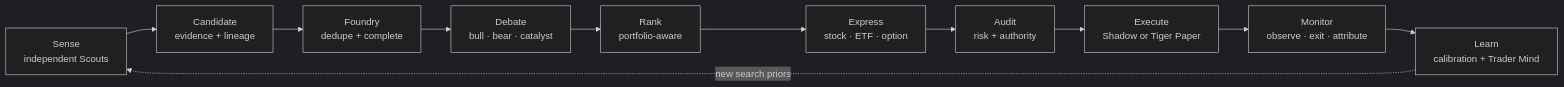
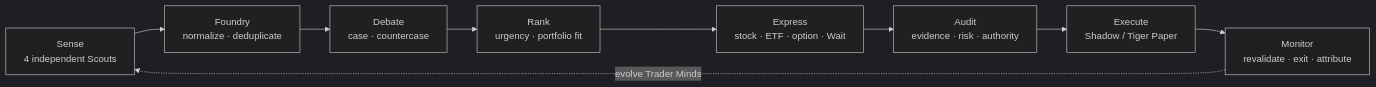
The diagram in README.md (kyky2347/ALTA), drawn with Mermaid (dark theme) before and after one commit. The commit also changed other lines of this file and 164 other files, not shown here.

````diff
--- a/README.md
+++ b/README.md
@@ -49,13 +50,11 @@
 ```mermaid
 flowchart LR
-    S[Sense\nindependent Scouts] --> C[Candidate\nevidence + lineage]
-    C --> F[Foundry\ndedupe + complete]
-    F --> D[Debate\nbull · bear · catalyst]
-    D --> R[Rank\nportfolio-aware]
-    R --> X[Express\nstock · ETF · option]
-    X --> A[Audit\nrisk + authority]
-    A --> E[Execute\nShadow or Tiger Paper]
-    E --> M[Monitor\nobserve · exit · attribute]
-    M --> L[Learn\ncalibration + Trader Mind]
-    L -. new search priors .-> S
+    S["Sense<br/>4 independent Scouts"] --> F["Foundry<br/>normalize · deduplicate"]
+    F --> D["Debate<br/>case · countercase"]
+    D --> R["Rank<br/>urgency · portfolio fit"]
+    R --> X["Express<br/>stock · ETF · option · Wait"]
+    X --> A["Audit<br/>evidence · risk · authority"]
+    A --> E["Execute<br/>Shadow / Tiger Paper"]
+    E --> M["Monitor<br/>revalidate · exit · attribute"]
+    M -. "evolve Trader Minds" .-> S
 ```
````
